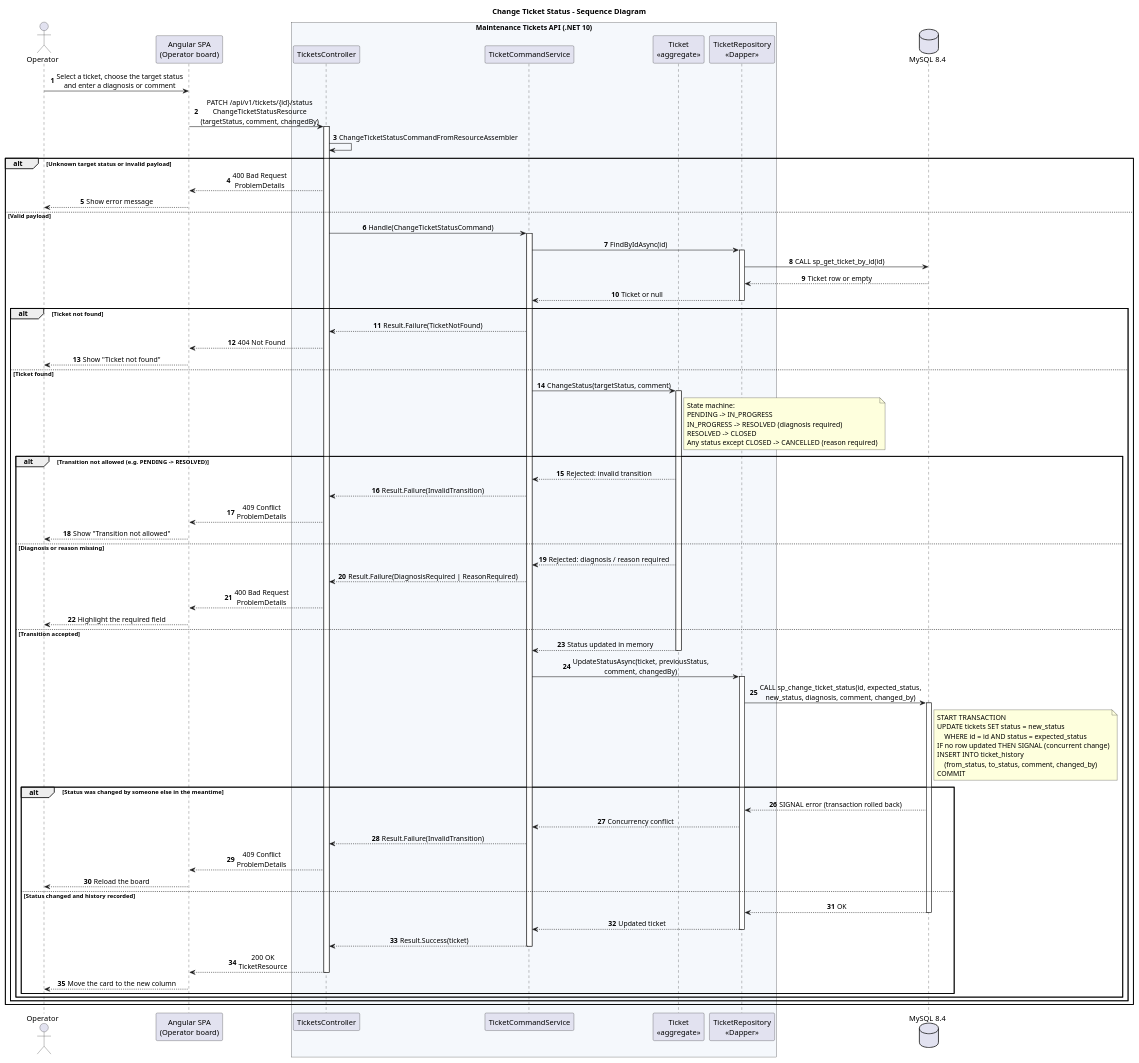
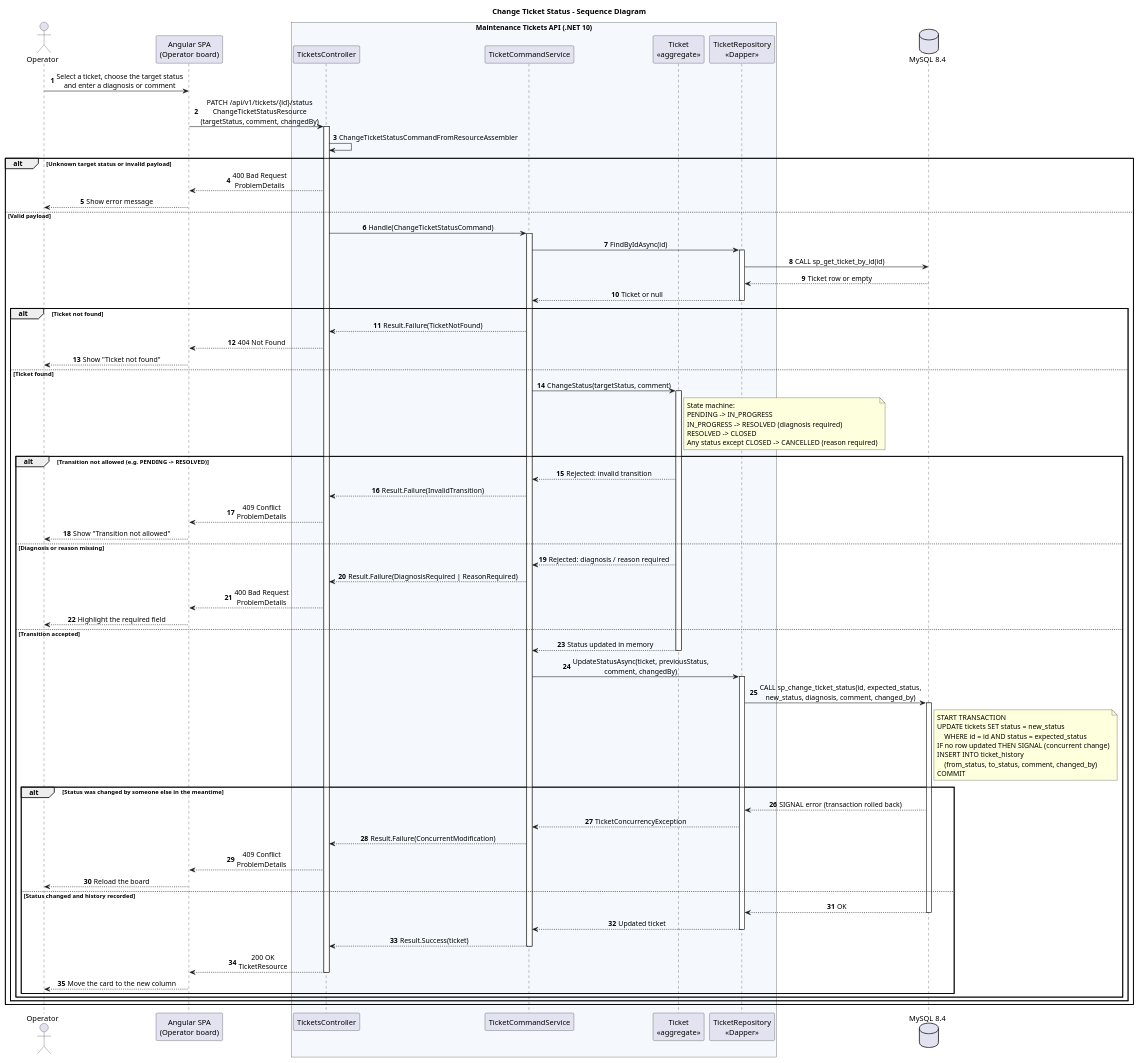
The diagram in docs/diagrams/sequence-change-ticket-status.puml (njlmrvllr/maintenance-tickets), drawn with PlantUML before and after one commit. The commit also changed 1 other file, not shown here.

Commit message:
docs: update status change sequence diagram with concurrency error

```diff
--- a/docs/diagrams/sequence-change-ticket-status.puml
+++ b/docs/diagrams/sequence-change-ticket-status.puml
@@ -1,104 +1,104 @@
 @startuml sequence-change-ticket-status
 ' Main flow 2: an operator moves a ticket through the state machine.
 ' Business rules live in the Ticket aggregate; the stored procedure guarantees
 ' that the status update and the history record are saved atomically.
 
 title Change Ticket Status - Sequence Diagram
 
 skinparam sequenceMessageAlign center
 skinparam responseMessageBelowArrow true
 skinparam BoxPadding 10
 autonumber
 
 actor "Operator" as Operator
 participant "Angular SPA\n(Operator board)" as Frontend
 box "Maintenance Tickets API (.NET 10)" #F5F8FC
     participant "TicketsController" as Controller
     participant "TicketCommandService" as Service
     participant "Ticket\n<<aggregate>>" as Ticket
     participant "TicketRepository\n<<Dapper>>" as Repository
 end box
 database "MySQL 8.4" as Database
 
 Operator -> Frontend : Select a ticket, choose the target status\nand enter a diagnosis or comment
 Frontend -> Controller : PATCH /api/v1/tickets/{id}/status\nChangeTicketStatusResource\n(targetStatus, comment, changedBy)
 activate Controller
 Controller -> Controller : ChangeTicketStatusCommandFromResourceAssembler
 
 alt Unknown target status or invalid payload
     Controller --> Frontend : 400 Bad Request\nProblemDetails
     Frontend --> Operator : Show error message
 else Valid payload
     Controller -> Service : Handle(ChangeTicketStatusCommand)
     activate Service
     Service -> Repository : FindByIdAsync(id)
     activate Repository
     Repository -> Database : CALL sp_get_ticket_by_id(id)
     Database --> Repository : Ticket row or empty
     Repository --> Service : Ticket or null
     deactivate Repository
 
     alt Ticket not found
         Service --> Controller : Result.Failure(TicketNotFound)
         Controller --> Frontend : 404 Not Found
         Frontend --> Operator : Show "Ticket not found"
     else Ticket found
         Service -> Ticket : ChangeStatus(targetStatus, comment)
         activate Ticket
         note right of Ticket
             State machine:
             PENDING -> IN_PROGRESS
             IN_PROGRESS -> RESOLVED (diagnosis required)
             RESOLVED -> CLOSED
             Any status except CLOSED -> CANCELLED (reason required)
         end note
 
         alt Transition not allowed (e.g. PENDING -> RESOLVED)
             Ticket --> Service : Rejected: invalid transition
             Service --> Controller : Result.Failure(InvalidTransition)
             Controller --> Frontend : 409 Conflict\nProblemDetails
             Frontend --> Operator : Show "Transition not allowed"
         else Diagnosis or reason missing
             Ticket --> Service : Rejected: diagnosis / reason required
             Service --> Controller : Result.Failure(DiagnosisRequired | ReasonRequired)
             Controller --> Frontend : 400 Bad Request\nProblemDetails
             Frontend --> Operator : Highlight the required field
         else Transition accepted
             Ticket --> Service : Status updated in memory
             deactivate Ticket
             Service -> Repository : UpdateStatusAsync(ticket, previousStatus,\ncomment, changedBy)
             activate Repository
             Repository -> Database : CALL sp_change_ticket_status(id, expected_status,\nnew_status, diagnosis, comment, changed_by)
             activate Database
             note right of Database
                 START TRANSACTION
                 UPDATE tickets SET status = new_status
                     WHERE id = id AND status = expected_status
                 IF no row updated THEN SIGNAL (concurrent change)
                 INSERT INTO ticket_history
                     (from_status, to_status, comment, changed_by)
                 COMMIT
             end note
 
             alt Status was changed by someone else in the meantime
                 Database --> Repository : SIGNAL error (transaction rolled back)
-                Repository --> Service : Concurrency conflict
-                Service --> Controller : Result.Failure(InvalidTransition)
+                Repository --> Service : TicketConcurrencyException
+                Service --> Controller : Result.Failure(ConcurrentModification)
                 Controller --> Frontend : 409 Conflict\nProblemDetails
                 Frontend --> Operator : Reload the board
             else Status changed and history recorded
                 Database --> Repository : OK
                 deactivate Database
                 Repository --> Service : Updated ticket
                 deactivate Repository
                 Service --> Controller : Result.Success(ticket)
                 deactivate Service
                 Controller --> Frontend : 200 OK\nTicketResource
                 deactivate Controller
                 Frontend --> Operator : Move the card to the new column
             end
         end
     end
 end
 
 @enduml
```
